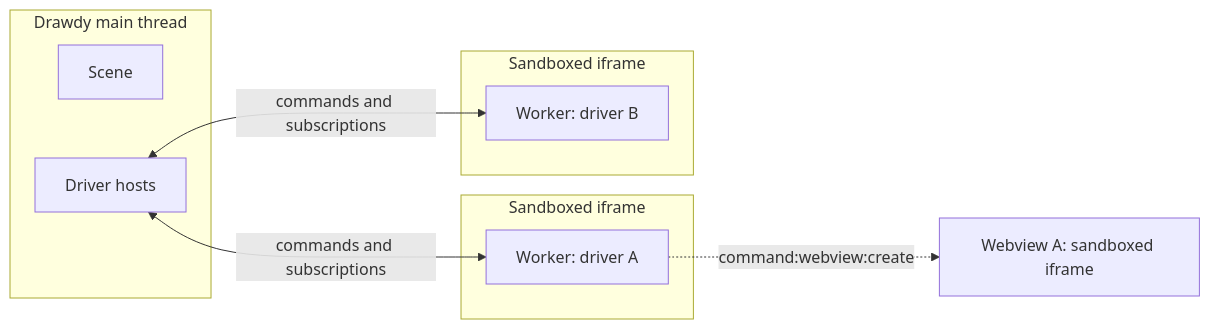
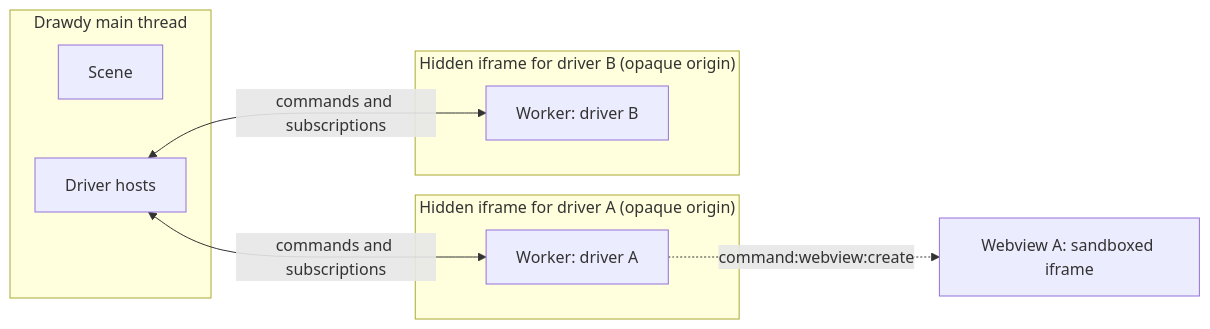
The diagram in docs/protocol/overview.mdx (drawdyio/drawdy-driver-protocol), drawn with Mermaid before and after one commit. The commit also changed other lines of this file and 1 other file, not shown here.

Commit message:
updated ddp doc to be clearer about opaque origin detail

````diff
--- a/docs/protocol/overview.mdx
+++ b/docs/protocol/overview.mdx
@@ -10,16 +10,16 @@
 ```mermaid
 flowchart LR
     subgraph main["Drawdy main thread"]
         scene["Scene"]
         hosts["Driver hosts"]
     end
-    subgraph a["Sandboxed iframe"]
+    subgraph a["Hidden iframe for driver A (opaque origin)"]
         workerA["Worker: driver A"]
     end
-    subgraph b["Sandboxed iframe"]
+    subgraph b["Hidden iframe for driver B (opaque origin)"]
         workerB["Worker: driver B"]
     end
     hosts <-->|commands and subscriptions| workerA
     hosts <-->|commands and subscriptions| workerB
     workerA -.->|command:webview:create| webviewA["Webview A: sandboxed iframe"]
 ```
````
